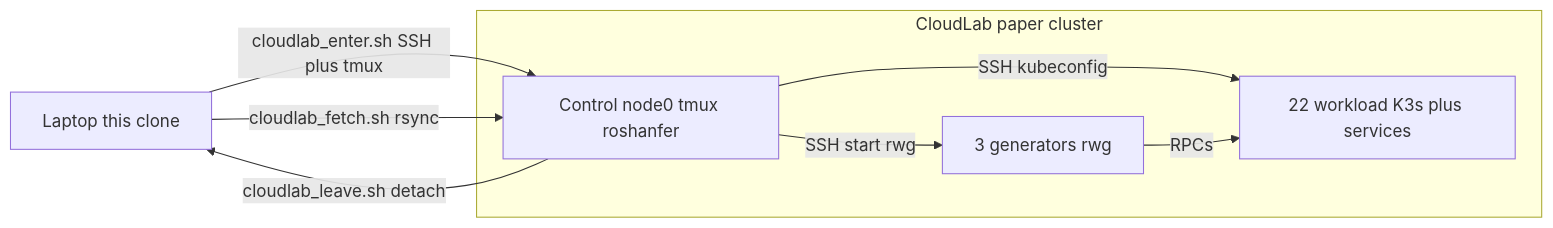
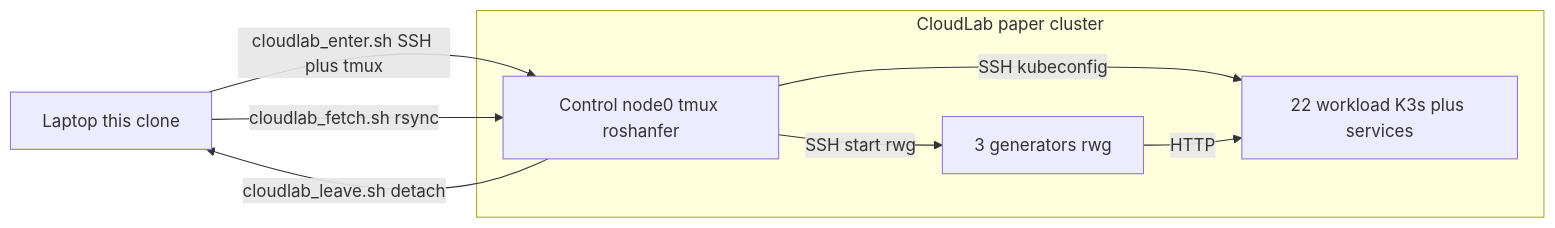
One commit to roshanfer-project/roshanfer-experiments changed the diagram in README.md. Above: the diagram before and after it, drawn with Mermaid. The commit also changed other lines of this file, not shown here.

````diff
--- a/README.md
+++ b/README.md
@@ -82,15 +82,15 @@
 ```mermaid
 flowchart LR
   Laptop["Laptop this clone"]
   subgraph cloudlab [CloudLab paper cluster]
     Control["Control node0 tmux roshanfer"]
     Gens["3 generators rwg"]
     Work["22 workload K3s plus services"]
   end
   Laptop -->|"cloudlab_enter.sh SSH plus tmux"| Control
   Control -->|"cloudlab_leave.sh detach"| Laptop
   Laptop -->|"cloudlab_fetch.sh rsync"| Control
   Control -->|"SSH kubeconfig"| Work
   Control -->|"SSH start rwg"| Gens
-  Gens -->|"RPCs"| Work
+  Gens -->|"HTTP"| Work
 ```
````
